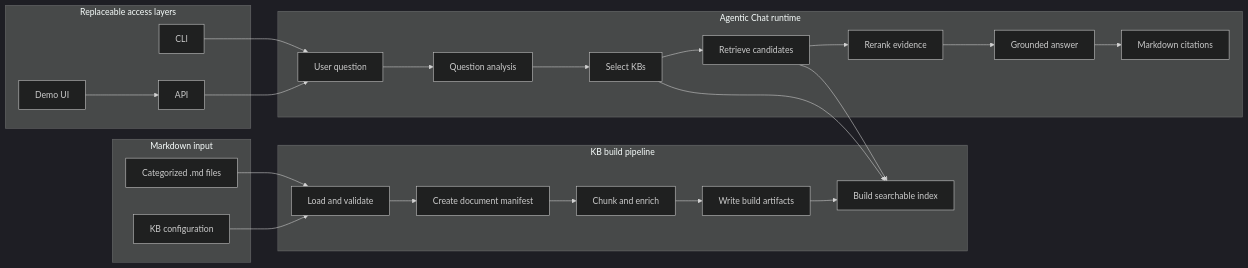
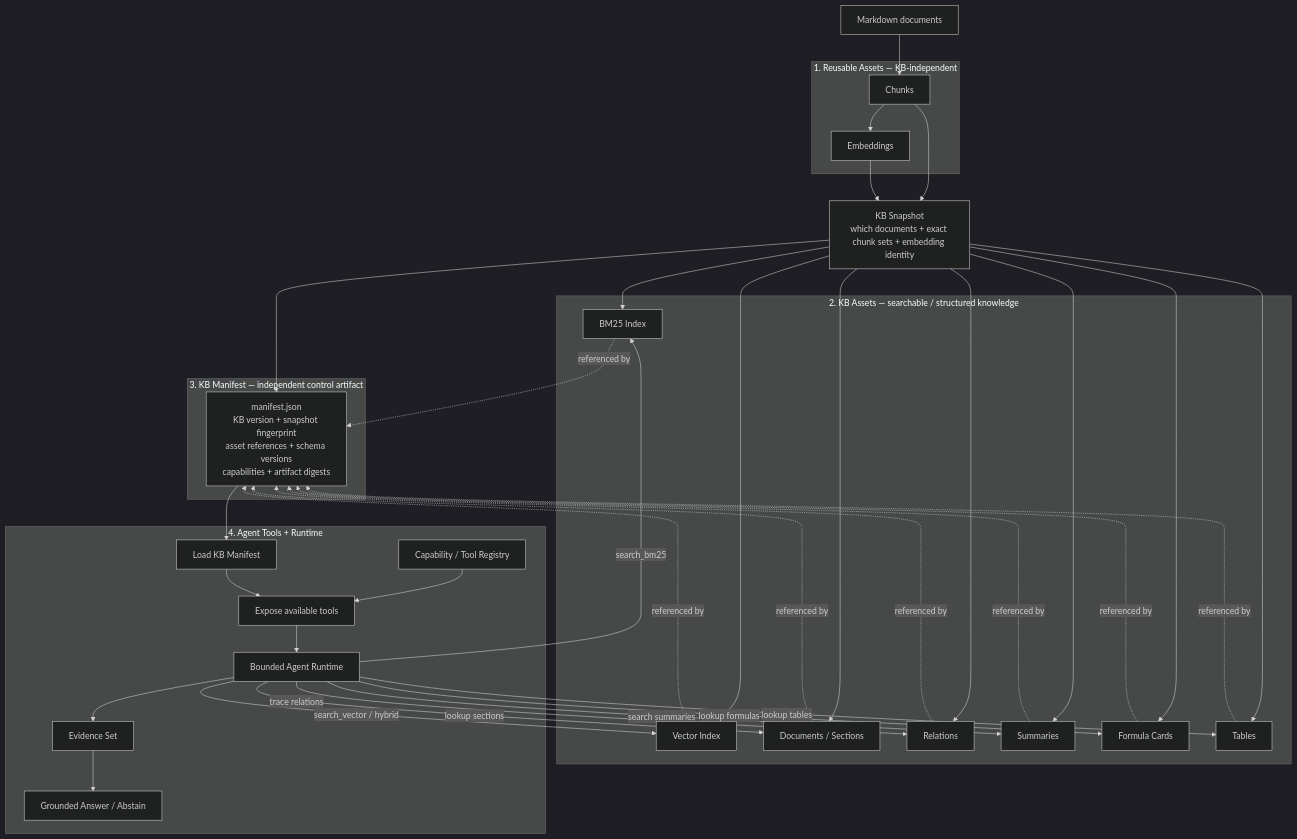
One commit to ferryhe/agentic-kb-chat changed the first of 4 diagrams in README.md. Above: the diagram before and after it, drawn with Mermaid (dark theme). The commit also changed other lines of this file, not shown here.

Commit message:
Clarify layered KB architecture and manifest-driven tools

````diff
--- a/README.md
+++ b/README.md
@@ -49,41 +16,71 @@
 ```mermaid
-flowchart LR
-    subgraph Input[Markdown input]
-        MD[Categorized .md files]
-        CFG[KB configuration]
+flowchart TB
+    MD[Markdown documents]
+
+    subgraph L1["1. Reusable Assets — KB-independent"]
+        CHUNK[Chunks]
+        EMB[Embeddings]
     end
 
-    subgraph Build[KB build pipeline]
-        LOAD[Load and validate]
-        DOC[Create document manifest]
-        CHUNK[Chunk and enrich]
-        ART[Write build artifacts]
-        INDEX[Build searchable index]
+    MD --> CHUNK
+    CHUNK --> EMB
+
+    SNAP["KB Snapshot\nwhich documents + exact chunk sets + embedding identity"]
+    CHUNK --> SNAP
+    EMB --> SNAP
+
+    subgraph L2["2. KB Assets — searchable / structured knowledge"]
+        BM25[BM25 Index]
+        VECTOR[Vector Index]
+        DOCS[Documents / Sections]
+        REL[Relations]
+        SUM[Summaries]
+        FORMULA[Formula Cards]
+        TABLES[Tables]
     end
 
-    subgraph Runtime[Agentic Chat runtime]
-        QUERY[User question]
-        PLAN[Question analysis]
-        ROUTE[Select KBs]
-        RETRIEVE[Retrieve candidates]
-        RERANK[Rerank evidence]
-        ANSWER[Grounded answer]
-        CITE[Markdown citations]
+    subgraph L3["3. KB Manifest — independent control artifact"]
+        MANIFEST["manifest.json\nKB version + snapshot fingerprint\nasset references + schema versions\ncapabilities + artifact digests"]
     end
 
-    subgraph Access[Replaceable access layers]
-        CLI[CLI]
-        API[API]
-        UI[Demo UI]
+    SNAP --> BM25
+    SNAP --> VECTOR
+    SNAP --> DOCS
+    SNAP --> REL
+    SNAP --> SUM
+    SNAP --> FORMULA
+    SNAP --> TABLES
+
+    SNAP --> MANIFEST
+    BM25 -. referenced by .-> MANIFEST
+    VECTOR -. referenced by .-> MANIFEST
+    DOCS -. referenced by .-> MANIFEST
+    REL -. referenced by .-> MANIFEST
+    SUM -. referenced by .-> MANIFEST
+    FORMULA -. referenced by .-> MANIFEST
+    TABLES -. referenced by .-> MANIFEST
+
+    subgraph L4["4. Agent Tools + Runtime"]
+        REGISTRY[Capability / Tool Registry]
+        LOAD[Load KB Manifest]
+        TOOLS[Expose available tools]
+        AGENT[Bounded Agent Runtime]
+        EVIDENCE[Evidence Set]
+        ANSWER[Grounded Answer / Abstain]
     end
 
-    MD --> LOAD
-    CFG --> LOAD
-    LOAD --> DOC --> CHUNK --> ART --> INDEX
-    CLI --> QUERY
-    API --> QUERY
-    UI --> API
-    QUERY --> PLAN --> ROUTE --> RETRIEVE --> RERANK --> ANSWER --> CITE
-    ROUTE --> INDEX
-    RETRIEVE --> INDEX
+    MANIFEST --> LOAD
+    REGISTRY --> TOOLS
+    LOAD --> TOOLS
+    TOOLS --> AGENT
+
+    AGENT -->|search_bm25| BM25
+    AGENT -->|search_vector / hybrid| VECTOR
+    AGENT -->|lookup sections| DOCS
+    AGENT -->|trace relations| REL
+    AGENT -->|search summaries| SUM
+    AGENT -->|lookup formulas| FORMULA
+    AGENT -->|lookup tables| TABLES
+
+    AGENT --> EVIDENCE --> ANSWER
 ```
````
